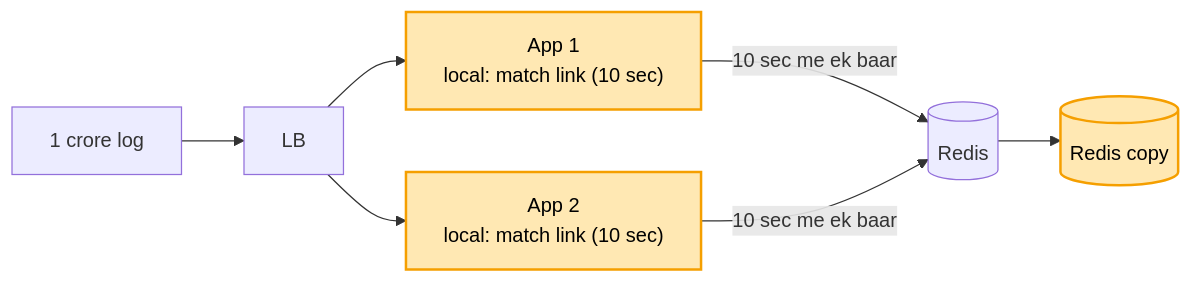
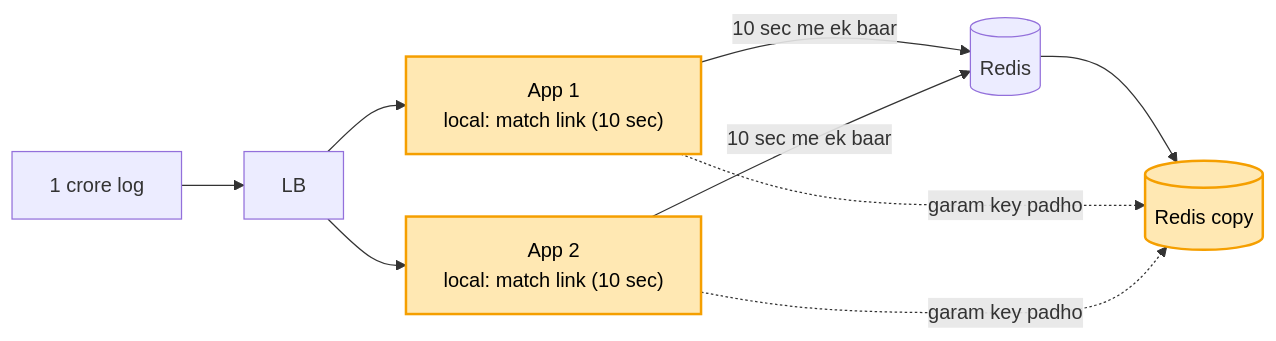
The eighth of 9 diagrams in 04_HLD/SYSTEM_DESIGNS/01_url_shortener/01_url_shortener.md (ArpanMaheshwari144/Prep), drawn with Mermaid before and after one commit. The commit also changed other lines of this file and 9 other files, not shown here.

Commit message:
audit: 01-12 ki seedhi galtiyan (number, naam, diagram teer, chhote shabd, Redis WAIT)

````diff
--- a/04_HLD/SYSTEM_DESIGNS/01_url_shortener/01_url_shortener.md
+++ b/04_HLD/SYSTEM_DESIGNS/01_url_shortener/01_url_shortener.md
@@ -291,11 +291,12 @@
 ```mermaid
 flowchart LR
     U["1 crore log"] --> LB["LB"]
     LB --> S1["App 1<br/>local: match link (10 sec)"]
     LB --> S2["App 2<br/>local: match link (10 sec)"]
     S1 & S2 -- "10 sec me ek baar" --> R[("Redis")]
     R --> RR[("Redis copy")]
+    S1 & S2 -. "garam key padho" .-> RR
     style S1 fill:#ffe8b3,stroke:#f59f00,stroke-width:2px,color:#000
     style S2 fill:#ffe8b3,stroke:#f59f00,stroke-width:2px,color:#000
     style RR fill:#ffe8b3,stroke:#f59f00,stroke-width:2px,color:#000
 ```
````
